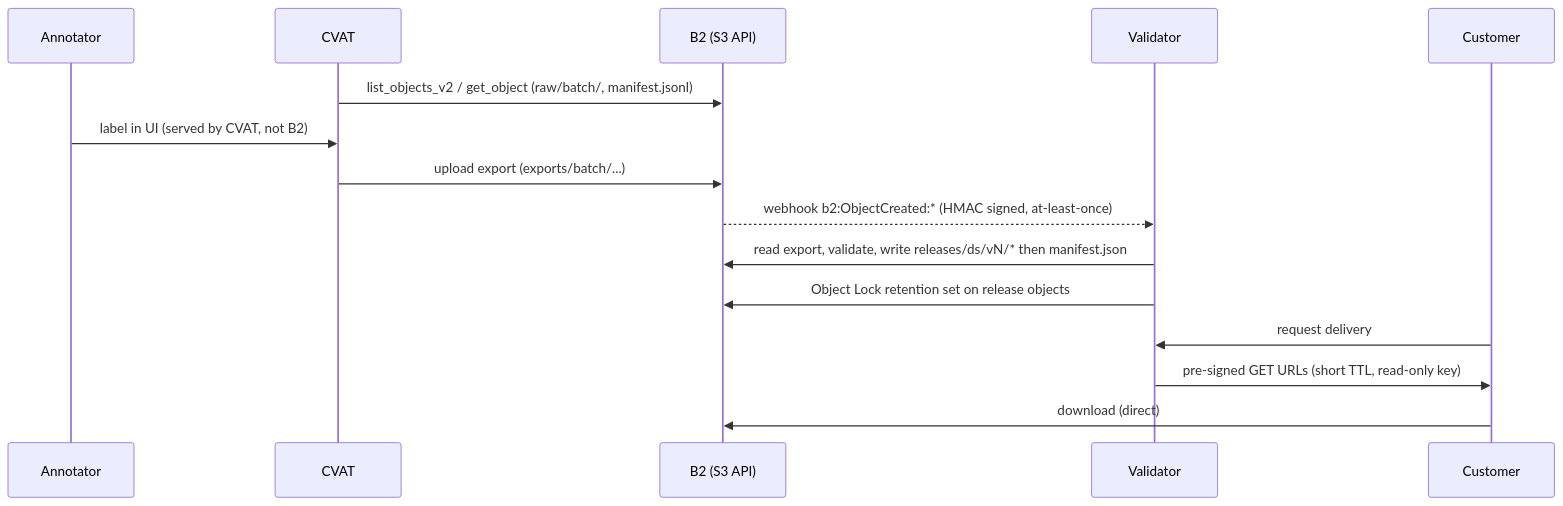
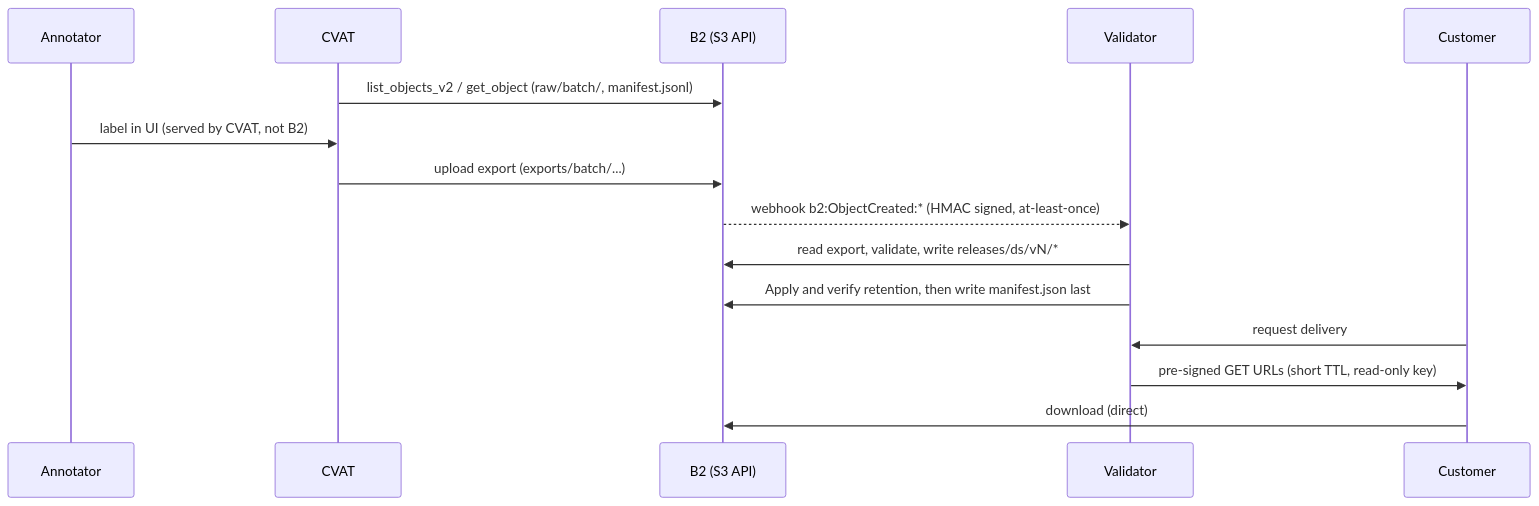
One commit to backblaze-b2-samples/b2-ai-data-provider-reference-architectures changed the second of 2 diagrams in architectures/cvat-annotation-pipeline/architecture.md. Above: the diagram before and after it, drawn with Mermaid. The commit also changed other lines of this file and 61 other files, not shown here.

Commit message:
Improve reference architectures and harden dataset publication (#3)

````diff
--- a/architectures/cvat-annotation-pipeline/architecture.md
+++ b/architectures/cvat-annotation-pipeline/architecture.md
@@ -35,17 +33,17 @@
 ```mermaid
 sequenceDiagram
   participant Ann as Annotator
   participant C as CVAT
   participant B as B2 (S3 API)
   participant V as Validator
   participant Cu as Customer
   C->>B: list_objects_v2 / get_object (raw/batch/, manifest.jsonl)
   Ann->>C: label in UI (served by CVAT, not B2)
   C->>B: upload export (exports/batch/...)
   B-->>V: webhook b2:ObjectCreated:* (HMAC signed, at-least-once)
-  V->>B: read export, validate, write releases/ds/vN/* then manifest.json
-  V->>B: Object Lock retention set on release objects
+  V->>B: read export, validate, write releases/ds/vN/*
+  V->>B: Apply and verify retention, then write manifest.json last
   Cu->>V: request delivery
   V->>Cu: pre-signed GET URLs (short TTL, read-only key)
   Cu->>B: download (direct)
 ```
````
